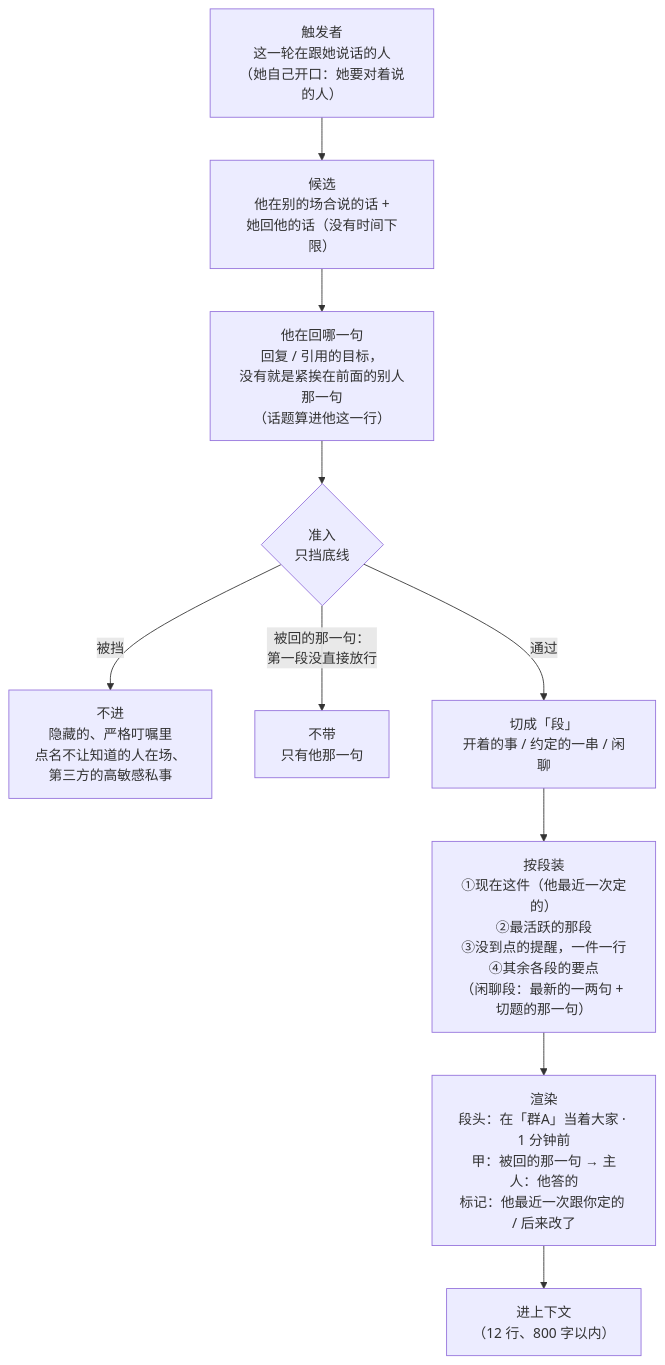
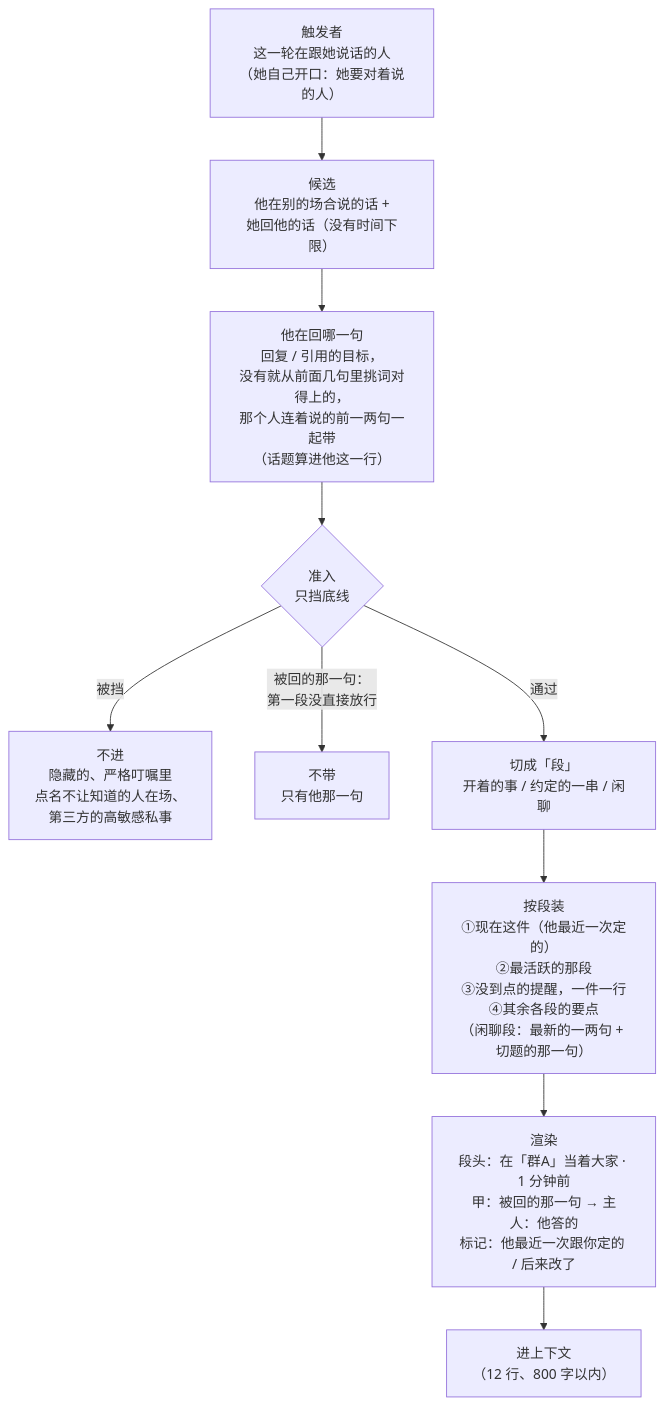
Before and after one commit to QiuYeDx/dsh-rugu: the fifth of 9 diagrams in docs/图解.md, drawn with Mermaid. The commit also changed other lines of this file and 6 other files, not shown here.

````diff
--- a/docs/图解.md
+++ b/docs/图解.md
@@ -196,12 +196,12 @@
 ```mermaid
 flowchart TB
   TR["触发者<br/>这一轮在跟她说话的人<br/>（她自己开口：她要对着说的人）"] --> CA["候选<br/>他在别的场合说的话 +<br/>她回他的话（没有时间下限）"]
-  CA --> RP["他在回哪一句<br/>回复 / 引用的目标，<br/>没有就是紧挨在前面的别人那一句<br/>（话题算进他这一行）"]
+  CA --> RP["他在回哪一句<br/>回复 / 引用的目标，<br/>没有就从前面几句里挑词对得上的，<br/>那个人连着说的前一两句一起带<br/>（话题算进他这一行）"]
   RP --> AD{"准入<br/>只挡底线"}
   AD -->|被挡| X["不进<br/>隐藏的、严格叮嘱里<br/>点名不让知道的人在场、<br/>第三方的高敏感私事"]
   AD -->|"被回的那一句：<br/>第一段没直接放行"| X2["不带<br/>只有他那一句"]
   AD -->|通过| UN["切成「段」<br/>开着的事 / 约定的一串 / 闲聊"]
   UN --> SEL["按段装<br/>①现在这件（他最近一次定的）<br/>②最活跃的那段<br/>③没到点的提醒，一件一行<br/>④其余各段的要点<br/>（闲聊段：最新的一两句 + 切题的那一句）"]
   SEL --> RD["渲染<br/>段头：在「群A」当着大家 · 1 分钟前<br/>甲：被回的那一句 → 主人：他答的<br/>标记：他最近一次跟你定的 / 后来改了"]
   RD --> OUT["进上下文<br/>（12 行、800 字以内）"]
 ```
````
